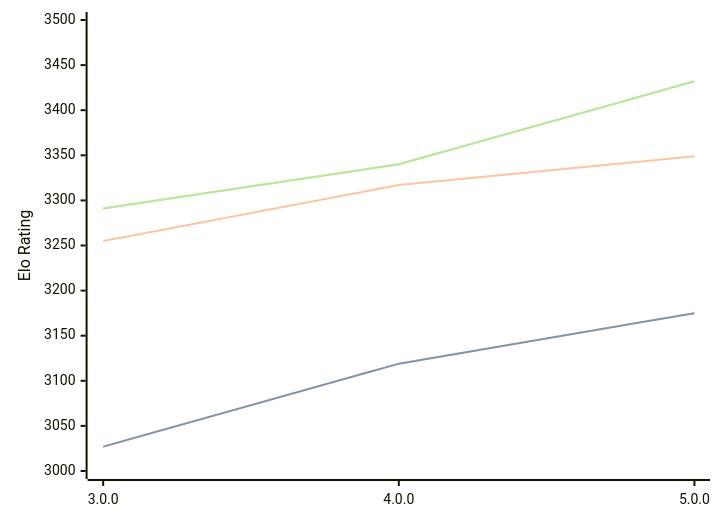
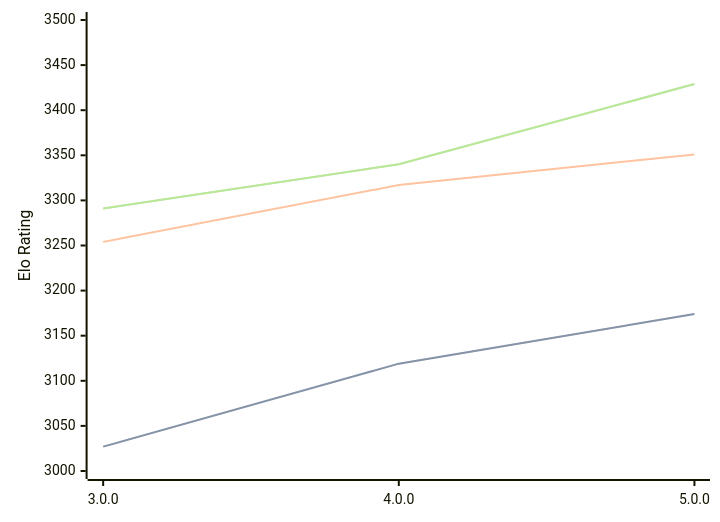
The diagram in engines/Minke.md (computer-chess-index/cci), drawn with Mermaid before and after one commit. The commit also changed other lines of this file, not shown here.

Commit message:
Update CCI Ratings (ELO VLTC) - 2026-02-27

````diff
--- a/engines/Minke.md
+++ b/engines/Minke.md
@@ -33,11 +33,11 @@
 ```mermaid
 %%{init: {"theme":"base","themeVariables":{"seriesColors:['#a3a3a3','#222221','#faa371']}}}%%
 xychart-beta
   x-axis ["3.0.0", "4.0.0", "5.0.0"]
   y-axis "Elo Rating" 3000 --> 3500
-  line "STC (8.0+0.08s)" [3027, 3119, 3175]
-  line "STC (8.0+0.08s)" [3027, 3119, 3175]
-  line "LTC (60.0+0.60s)" [3255, 3317, 3349]
-  line "VLTC (2m24s+1.12s)" [3291, 3340, 3432]
-  line "VLTC (2m24s+1.12s)" [3291, 3340, 3432]
+  line "STC (8.0+0.08s)" [3027, 3119, 3174]
+  line "STC (8.0+0.08s)" [3027, 3119, 3174]
+  line "LTC (60.0+0.60s)" [3254, 3317, 3351]
+  line "VLTC (2m24s+1.12s)" [3291, 3340, 3429]
+  line "VLTC (2m24s+1.12s)" [3291, 3340, 3429]
 ```
````
